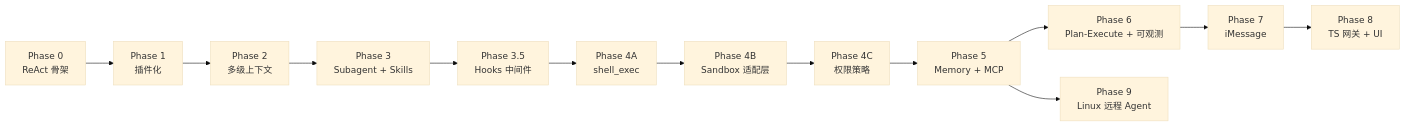
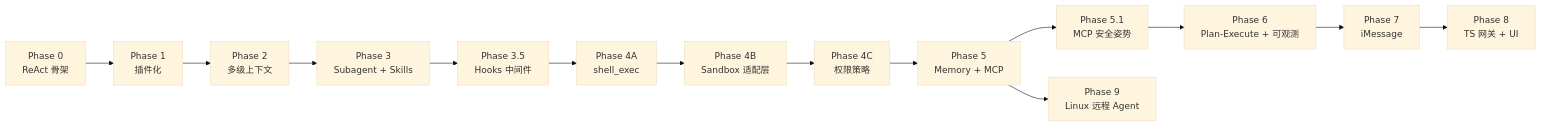
The diagram in ROADMAP.md (eastoc/CathyAgent), drawn with Mermaid (base theme) before and after one commit. The commit also changed other lines of this file and 21 other files, not shown here.

Commit message:
feat(mcp): enforce server-scoped tool names, add mcp_rules permission gate and glob hook matching, and update README/ROADMAP

````diff
--- a/ROADMAP.md
+++ b/ROADMAP.md
@@ -367,15 +427,16 @@
 ```mermaid
 flowchart LR
   P0[Phase 0<br/>ReAct 骨架] --> P1[Phase 1<br/>插件化]
   P1 --> P2[Phase 2<br/>多级上下文]
   P2 --> P3[Phase 3<br/>Subagent + Skills]
   P3 --> P35[Phase 3.5<br/>Hooks 中间件]
   P35 --> P4A[Phase 4A<br/>shell_exec]
   P4A --> P4B[Phase 4B<br/>Sandbox 适配层]
   P4B --> P4C[Phase 4C<br/>权限策略]
   P4C --> P5[Phase 5<br/>Memory + MCP]
-  P5 --> P6[Phase 6<br/>Plan-Execute + 可观测]
+  P5 --> P51[Phase 5.1<br/>MCP 安全姿势]
+  P51 --> P6[Phase 6<br/>Plan-Execute + 可观测]
   P6 --> P7[Phase 7<br/>iMessage]
   P7 --> P8[Phase 8<br/>TS 网关 + UI]
   P5 --> P9[Phase 9<br/>Linux 远程 Agent]
 ```
````
